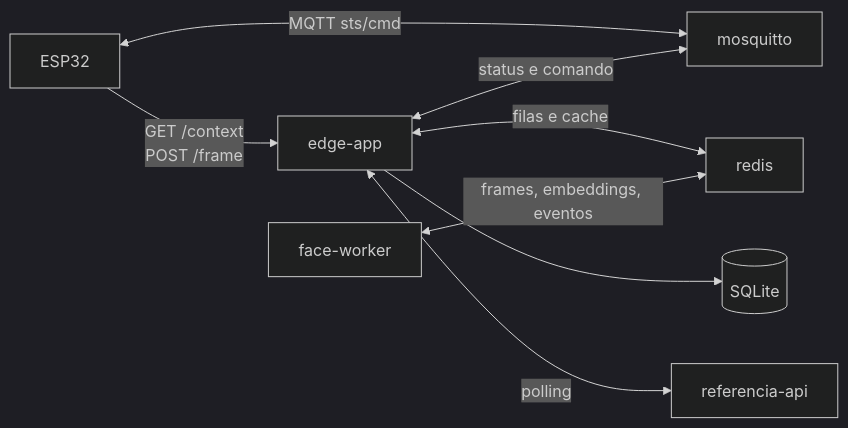
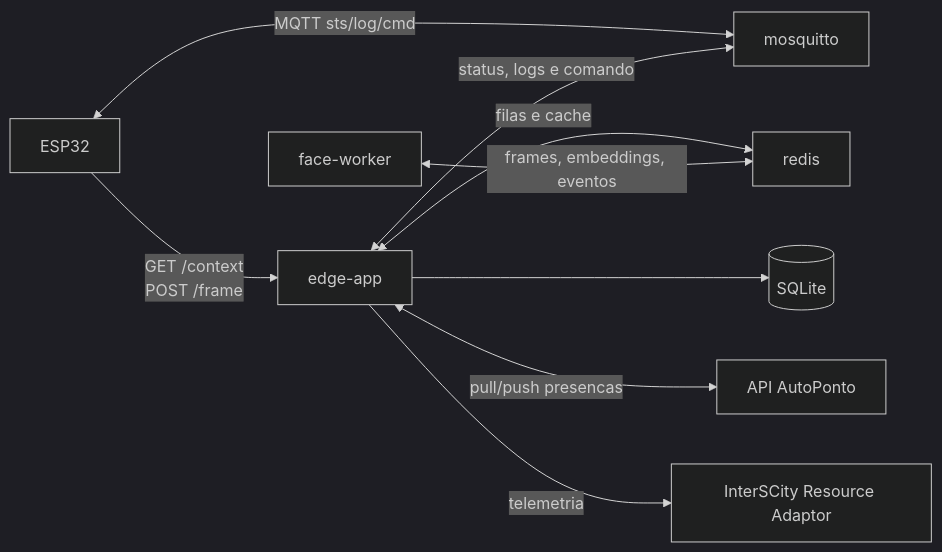
Before and after one commit to DanielKGM/autoponto-edgenode: the first of 5 diagrams in README.md, drawn with Mermaid (dark theme). The commit also changed other lines of this file and 14 other files, not shown here.

First line of the commit message:
Refactor AutoPonto API and Edge Node Integration

````diff
--- a/README.md
+++ b/README.md
@@ -20,10 +21,11 @@
 ```mermaid
 flowchart LR
   ESP32[ESP32] -->|GET /context<br/>POST /frame| EdgeApp[edge-app]
-  ESP32 <-->|MQTT sts/cmd| Mosquitto[mosquitto]
-  EdgeApp <-->|status e comando| Mosquitto
+  ESP32 <-->|MQTT sts/log/cmd| Mosquitto[mosquitto]
+  EdgeApp <-->|status, logs e comando| Mosquitto
   EdgeApp <-->|filas e cache| Redis[redis]
   FaceWorker[face-worker] <-->|frames, embeddings, eventos| Redis
   EdgeApp --> SQLite[(SQLite)]
-  EdgeApp <-->|polling| MainAPI[referencia-api]
+  EdgeApp <-->|pull/push presencas| AutoPonto[API AutoPonto]
+  EdgeApp -->|telemetria| InterSCity[InterSCity Resource Adaptor]
 ```
````
